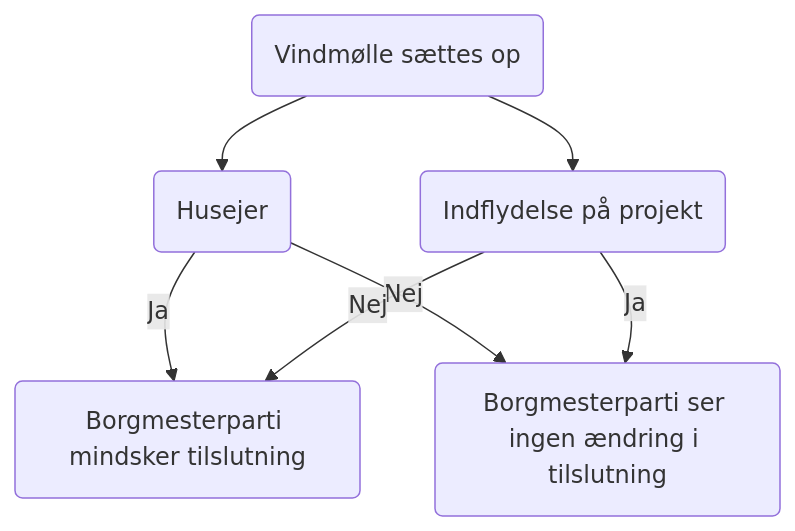
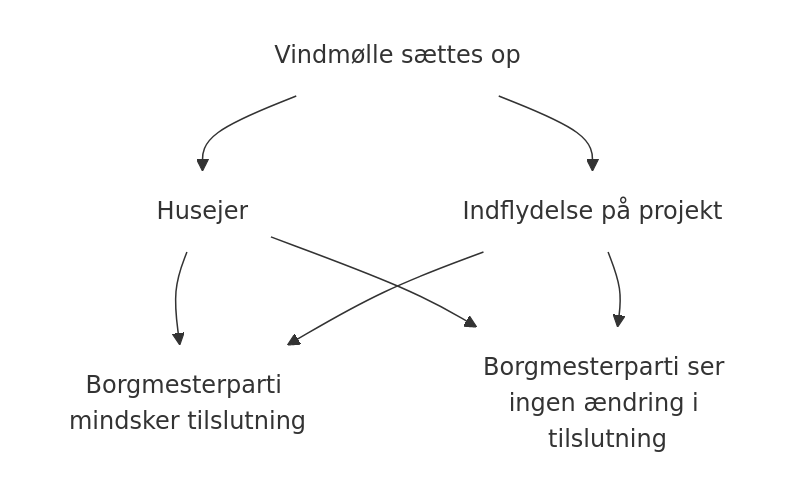
The second of 2 diagrams in synopsis/synopsis.qmd (aleksanderbl29/bachelor), drawn with Mermaid before and after one commit. The commit also changed other lines of this file, not shown here.

Commit message:
style gennemsigtig

````diff
--- a/synopsis/synopsis.qmd
+++ b/synopsis/synopsis.qmd
@@ -66,20 +74,33 @@
 ```{mermaid}
 %%| label: fig-kausalmodel-fuld
 %%| fig-cap: "Forventet fuld sammenhæng"
 
 flowchart TD
   X(Vindmølle sættes op)
   Y(Borgmesterparti mindsker tilslutning)
   Y2(Borgmesterparti ser ingen ændring i tilslutning)
 
   Z1(Husejer)
   Z2(Indflydelse på projekt)
 
+  %% X --> Z1 & Z2
+  %% Z1 -->|Ja| Y
+  %% Z1 -->|Nej| Y2
+
+  %% Z2 -->|Ja| Y2
+  %% Z2 -->|Nej| Y
+
   X --> Z1 & Z2
-  Z1 -->|Ja| Y
-  Z1 -->|Nej| Y2
+  Z1 --> Y
+  Z1 --> Y2
 
-  Z2 -->|Ja| Y2
-  Z2 -->|Nej| Y
+  Z2 --> Y2
+  Z2 --> Y
+
+  style X fill-opacity:0, stroke-opacity:0
+  style Y fill-opacity:0, stroke-opacity:0
+  style Y2 fill-opacity:0, stroke-opacity:0
+  style Z1 fill-opacity:0, stroke-opacity:0
+  style Z2 fill-opacity:0, stroke-opacity:0
 
 ```
````
